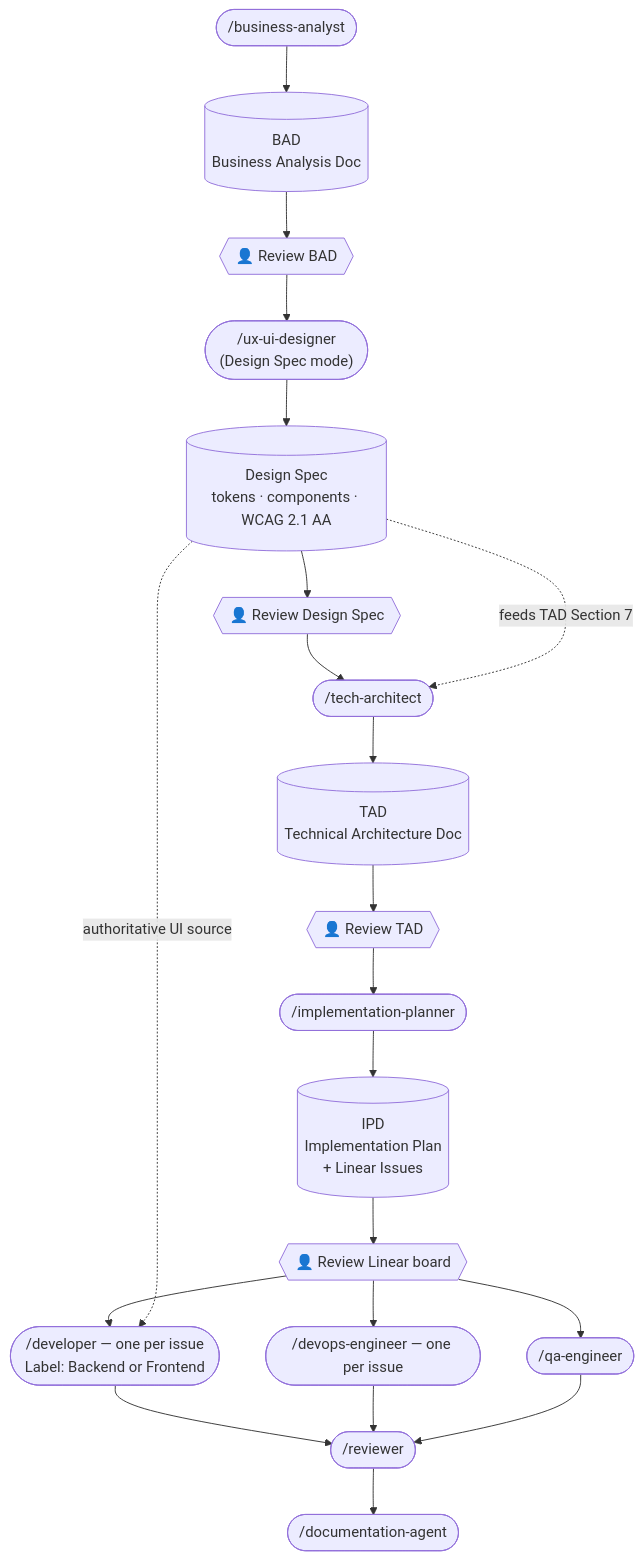
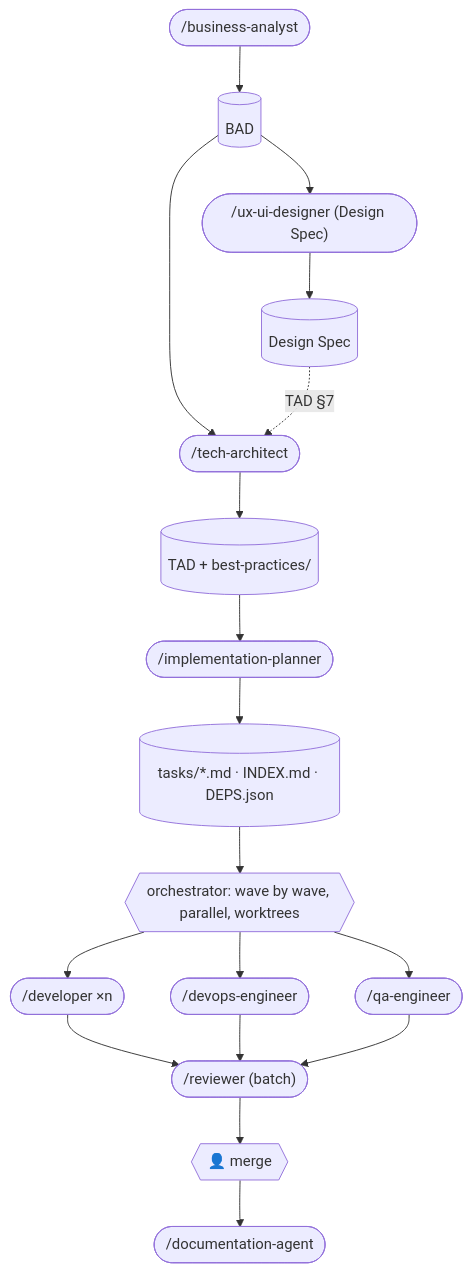
One commit to FCabiddu/pocket-it changed the diagram in README.md. Above: the diagram before and after it, drawn with Mermaid. The commit also changed other lines of this file and 25 other files, not shown here.

````diff
--- a/README.md
+++ b/README.md
@@ -9,23 +9,15 @@
 ```mermaid
 flowchart TD
-    A(["/business-analyst"]) --> B[("BAD\nBusiness Analysis Doc")]
-    B --> BC{{"👤 Review BAD"}}
-    BC --> UX(["/ux-ui-designer\n(Design Spec mode)"])
-    UX --> UXD[("Design Spec\ntokens · components · WCAG 2.1 AA")]
-    UXD --> UXC{{"👤 Review Design Spec"}}
-    UXC --> C(["/tech-architect"])
-    UXD -. feeds TAD Section 7 .-> C
-    C --> D[("TAD\nTechnical Architecture Doc")]
-    D --> DC{{"👤 Review TAD"}}
-    DC --> E(["/implementation-planner"])
-    E --> F[("IPD\nImplementation Plan\n+ Linear Issues")]
-    F --> G{{"👤 Review Linear board"}}
-    G --> H(["/developer — one per issue\nLabel: Backend or Frontend"])
-    G --> I(["/devops-engineer — one per issue"])
-    G --> J(["/qa-engineer"])
-    UXD -. authoritative UI source .-> H
-    H --> K(["/reviewer"])
-    I --> K
-    J --> K
-    K --> L(["/documentation-agent"])
+    A(["/business-analyst"]) --> B[("BAD")]
+    B --> UX(["/ux-ui-designer (Design Spec)"]) --> UXD[("Design Spec")]
+    B --> C(["/tech-architect"])
+    UXD -. TAD §7 .-> C
+    C --> D[("TAD + best-practices/")]
+    D --> E(["/implementation-planner"])
+    E --> F[("tasks/*.md · INDEX.md · DEPS.json")]
+    F --> W{{"orchestrator: wave by wave, parallel, worktrees"}}
+    W --> H(["/developer ×n"]) & I(["/devops-engineer"]) & J(["/qa-engineer"])
+    H & I & J --> K(["/reviewer (batch)"])
+    K --> M{{"👤 merge"}}
+    M --> L(["/documentation-agent"])
 ```
````
